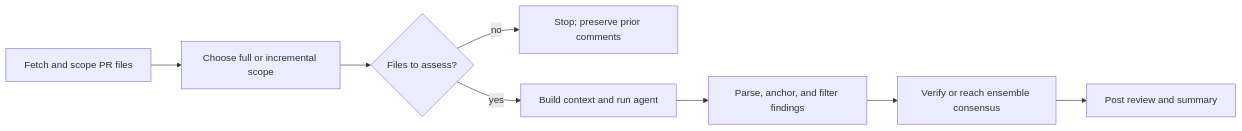
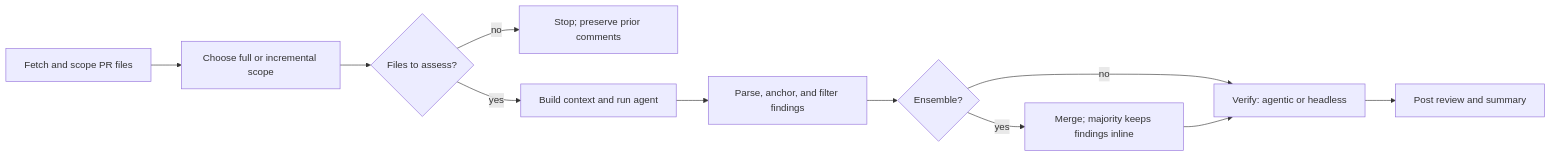
One commit to context-labs/loupe changed the diagram in docs/how-it-works/review-run.md. Above: the diagram before and after it, drawn with Mermaid.

Commit message:
fix(docs): split flowchart to show ensemble-then-verify pipeline
The Mermaid flowchart still depicted verify and ensemble as mutually
exclusive (a single "Verify or reach ensemble consensus" node),
contradicting the step-10 prose this PR already updated: the verify
pass now runs after both a single-model review and an ensemble merge,
since majority agreement filters cross-model noise but not the
outside-diff class. Split the node into an Ensemble? decision that
merges (when enabled) then always flows into Verify, matching the
code path in packages/core/src/index.ts where the verify block sits
outside the ensemble/single-model if/else.

Addresses the last open review comment on PR #46 (loupe docs review).

````diff
--- a/docs/how-it-works/review-run.md
+++ b/docs/how-it-works/review-run.md
@@ -7,10 +7,13 @@
 ```mermaid
 flowchart LR
     A[Fetch and scope PR files] --> B[Choose full or incremental scope]
     B --> C{Files to assess?}
     C -->|no| X[Stop; preserve prior comments]
     C -->|yes| D[Build context and run agent]
     D --> E[Parse, anchor, and filter findings]
-    E --> F[Verify or reach ensemble consensus]
-    F --> G[Post review and summary]
+    E --> F{Ensemble?}
+    F -->|yes| M[Merge; majority keeps findings inline]
+    F -->|no| V[Verify: agentic or headless]
+    M --> V
+    V --> G[Post review and summary]
 ```
````
